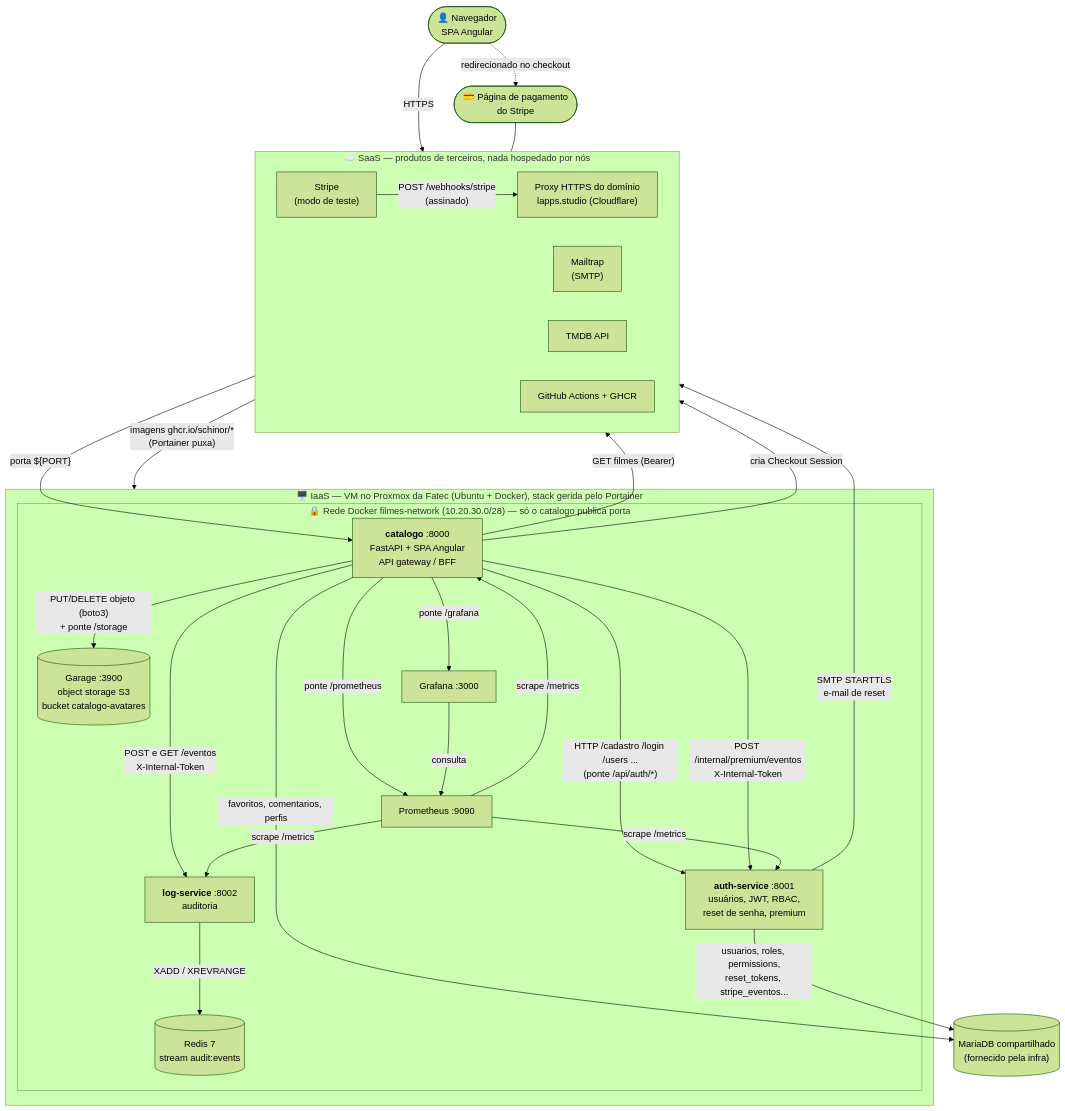
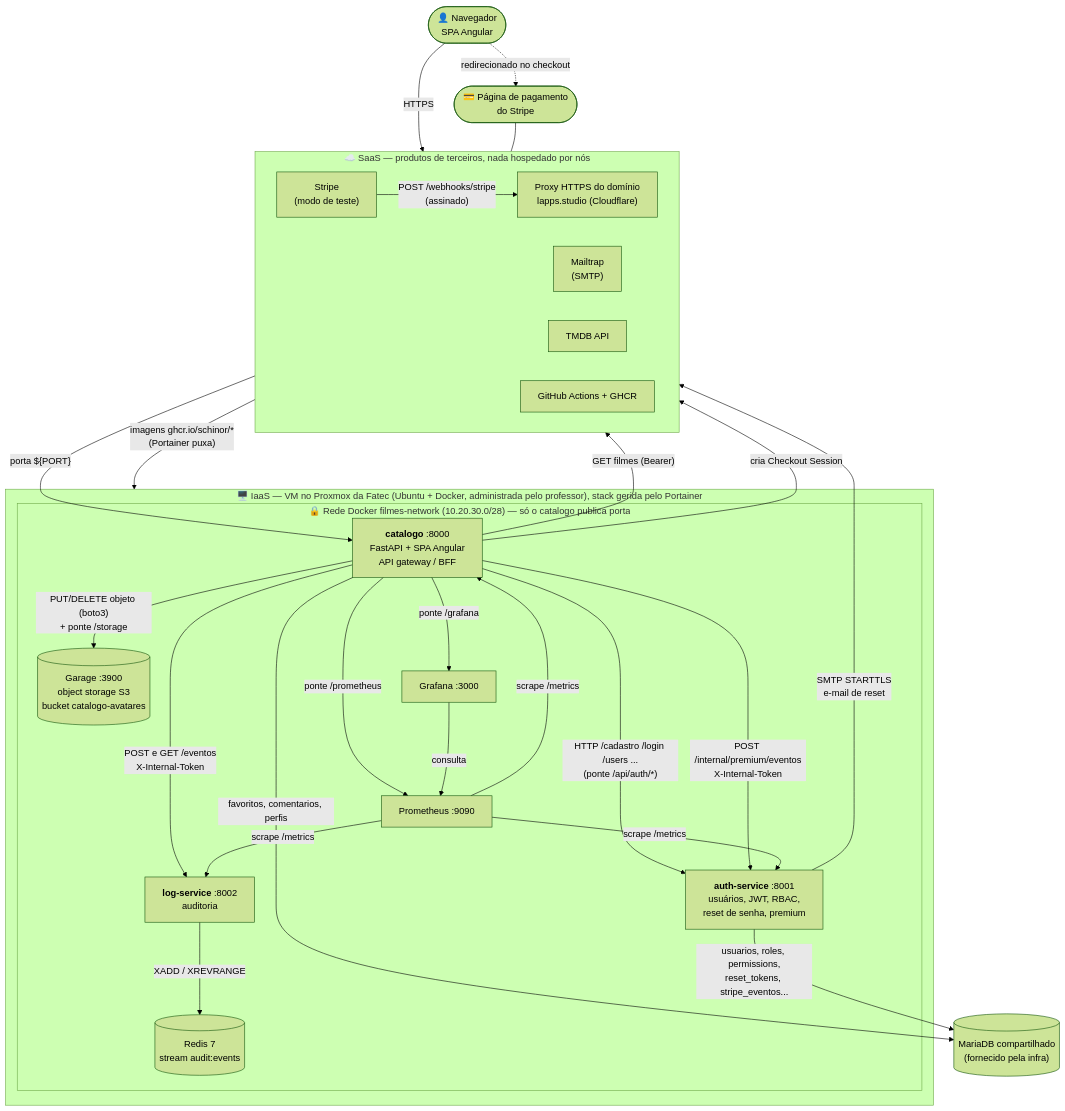
One commit to Schinor/API-Filmes-Allan changed the first of 3 diagrams in DOCUMENTACAO.md. Above: the diagram before and after it, drawn with Mermaid (forest theme). The commit also changed 3 other files, not shown here.

````diff
--- a/DOCUMENTACAO.md
+++ b/DOCUMENTACAO.md
@@ -106,54 +106,54 @@
 ```mermaid
 flowchart TB
     user(["👤 Navegador<br/>SPA Angular"])
     stripeUser(["💳 Página de pagamento<br/>do Stripe"])
 
     subgraph SAAS["☁️ SaaS — produtos de terceiros, nada hospedado por nós"]
         direction LR
         cf["Proxy HTTPS do domínio<br/>lapps.studio (Cloudflare)"]
         stripe["Stripe<br/>(modo de teste)"]
         mailtrap["Mailtrap<br/>(SMTP)"]
         tmdb["TMDB API"]
         github["GitHub Actions + GHCR"]
     end
 
-    subgraph IAAS["🖥️ IaaS — VM no Proxmox da Fatec (Ubuntu + Docker), stack gerida pelo Portainer"]
+    subgraph IAAS["🖥️ IaaS — VM no Proxmox da Fatec (Ubuntu + Docker, administrada pelo professor), stack gerida pelo Portainer"]
         subgraph NET["🔒 Rede Docker filmes-network (10.20.30.0/28) — só o catalogo publica porta"]
             catalogo["<b>catalogo</b> :8000<br/>FastAPI + SPA Angular<br/>API gateway / BFF"]
             auth["<b>auth-service</b> :8001<br/>usuários, JWT, RBAC,<br/>reset de senha, premium"]
             logsvc["<b>log-service</b> :8002<br/>auditoria"]
             redis[("Redis 7<br/>stream audit:events")]
             garage[("Garage :3900<br/>object storage S3<br/>bucket catalogo-avatares")]
             prom["Prometheus :9090"]
             graf["Grafana :3000"]
         end
     end
 
     db[("MariaDB compartilhado<br/>(fornecido pela infra)")]
 
     user -- "HTTPS" --> cf
     cf -- "porta ${PORT}" --> catalogo
     user -. "redirecionado no checkout" .-> stripeUser
     stripeUser --- stripe
 
     catalogo -- "HTTP /cadastro /login /users ...<br/>(ponte /api/auth/*)" --> auth
     catalogo -- "POST /internal/premium/eventos<br/>X-Internal-Token" --> auth
     catalogo -- "POST e GET /eventos<br/>X-Internal-Token" --> logsvc
     logsvc -- "XADD / XREVRANGE" --> redis
     catalogo -- "PUT/DELETE objeto (boto3)<br/>+ ponte /storage" --> garage
     catalogo -- "ponte /prometheus" --> prom
     catalogo -- "ponte /grafana" --> graf
     prom -- "scrape /metrics" --> catalogo
     prom -- "scrape /metrics" --> auth
     prom -- "scrape /metrics" --> logsvc
     graf -- "consulta" --> prom
 
     catalogo -- "favoritos, comentarios, perfis" --> db
     auth -- "usuarios, roles, permissions,<br/>reset_tokens, stripe_eventos..." --> db
 
     catalogo -- "GET filmes (Bearer)" --> tmdb
     catalogo -- "cria Checkout Session" --> stripe
     stripe -- "POST /webhooks/stripe<br/>(assinado)" --> cf
     auth -- "SMTP STARTTLS<br/>e-mail de reset" --> mailtrap
     github -- "imagens ghcr.io/schinor/*<br/>(Portainer puxa)" --> IAAS
 ```
````
